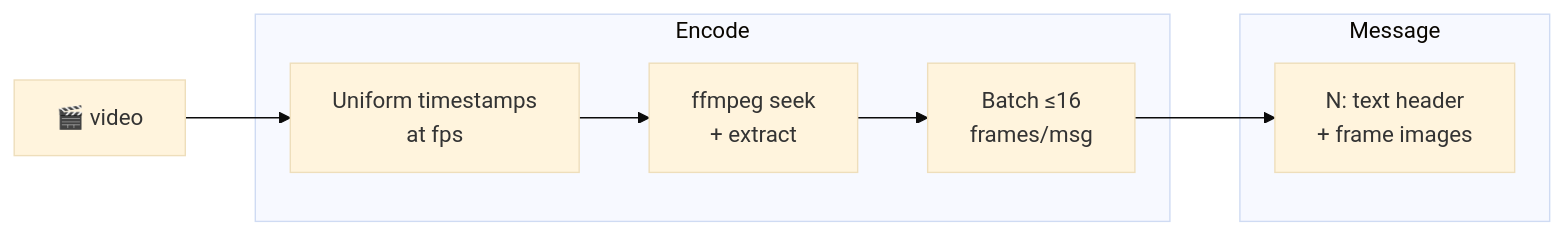
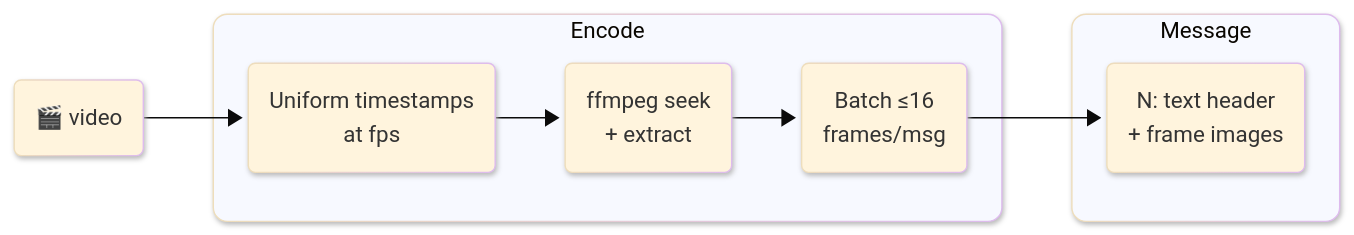
The fourth of 17 diagrams in docs/ENCODERS.md (vlm-run/mm), drawn with Mermaid (base theme) before and after one commit. The commit also changed other lines of this file and 1 other file, not shown here.

````diff
--- a/docs/ENCODERS.md
+++ b/docs/ENCODERS.md
@@ -105,16 +114,19 @@
 ```mermaid
+%%{init: {'look': 'neo'} }%%
 graph LR
-  video["🎬 video"]
+  video("🎬 video")
 
   subgraph encode ["Encode"]
-    ts["Uniform timestamps\nat fps"]
-    ffmpeg["ffmpeg seek\n+ extract"]
-    batch["Batch ≤16\nframes/msg"]
+    ts("Uniform timestamps\nat fps")
+    ffmpeg("ffmpeg seek\n+ extract")
+    batch("Batch ≤16\nframes/msg")
   end
 
   subgraph message ["Message"]
-    msgs["N: text header\n+ frame images"]
+    msgs("N: text header\n+ frame images")
   end
 
   video --> ts --> ffmpeg --> batch --> msgs
+  style encode rx:10px,ry:10px
+  style message rx:10px,ry:10px
 ```
````
